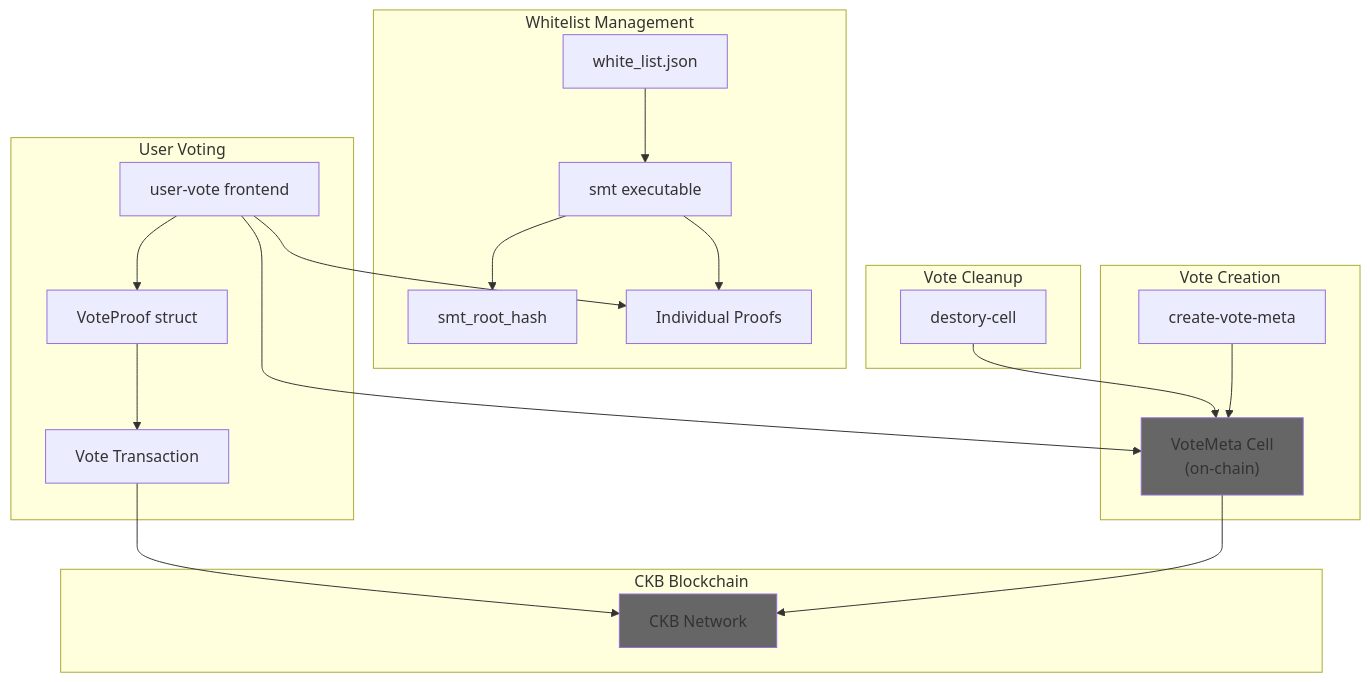
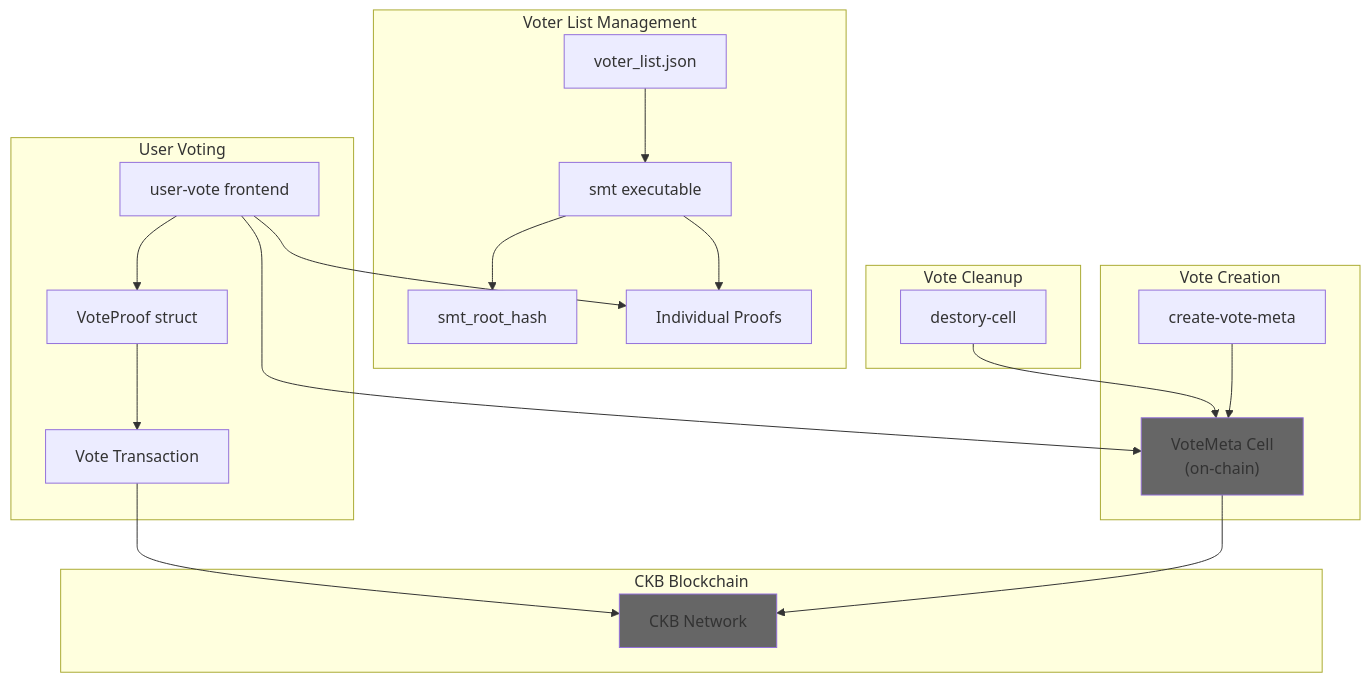
The first of 6 diagrams in content/docs/en/developer-docs/architecture/vote.mdx (CCF-DAO1-1/ccfdao-v1.1-docs), drawn with Mermaid before and after one commit. The commit also changed other lines of this file and 7 other files, not shown here.

First line of the commit message:
docs: replace 'whitelist' terminology with 'voter list' throughout documentation

````diff
--- a/content/docs/en/developer-docs/architecture/vote.mdx
+++ b/content/docs/en/developer-docs/architecture/vote.mdx
@@ -12,46 +12,46 @@
 ```mermaid
 graph TB
     subgraph "Vote Creation"
         CreateVoteMeta["create-vote-meta"]
         VoteMetaCell["VoteMeta Cell<br/>(on-chain)"]
     end
     
-    subgraph "Whitelist Management"
-        WhitelistJSON["white_list.json"]
+    subgraph "Voter List Management"
+        VoterListJSON["voter_list.json"]
         SMTTool["smt executable"]
         SMTRoot["smt_root_hash"]
         SMTProofs["Individual Proofs"]
     end
     
     subgraph "User Voting"
         UserVoteFE["user-vote frontend"]
         VoteProofStruct["VoteProof struct"]
         VoteTx["Vote Transaction"]
     end
     
     subgraph "Vote Cleanup"
         DestroyCellTool["destory-cell"]
     end
     
     subgraph "CKB Blockchain"
         CKBNetwork["CKB Network"]
     end
     
     CreateVoteMeta --> VoteMetaCell
     VoteMetaCell --> CKBNetwork
     
-    WhitelistJSON --> SMTTool
+    VoterListJSON --> SMTTool
     SMTTool --> SMTRoot
     SMTTool --> SMTProofs
     
     UserVoteFE --> VoteMetaCell
     UserVoteFE --> SMTProofs
     UserVoteFE --> VoteProofStruct
     VoteProofStruct --> VoteTx
     VoteTx --> CKBNetwork
     
     DestroyCellTool --> VoteMetaCell
     
     style VoteMetaCell fill:#666666
     style CKBNetwork fill:#666666
 ```
````
